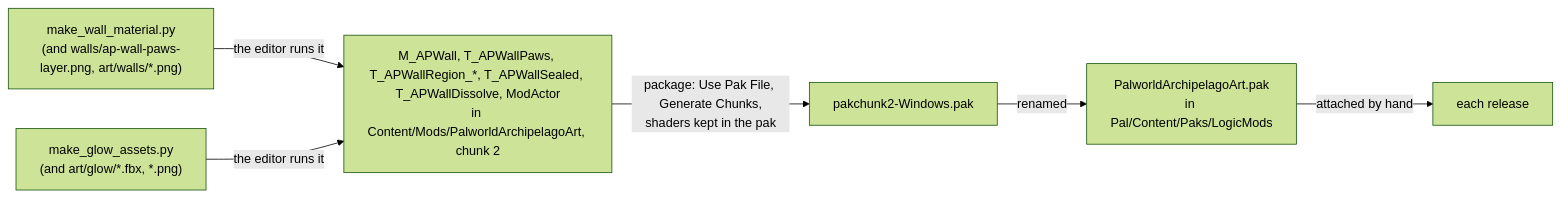
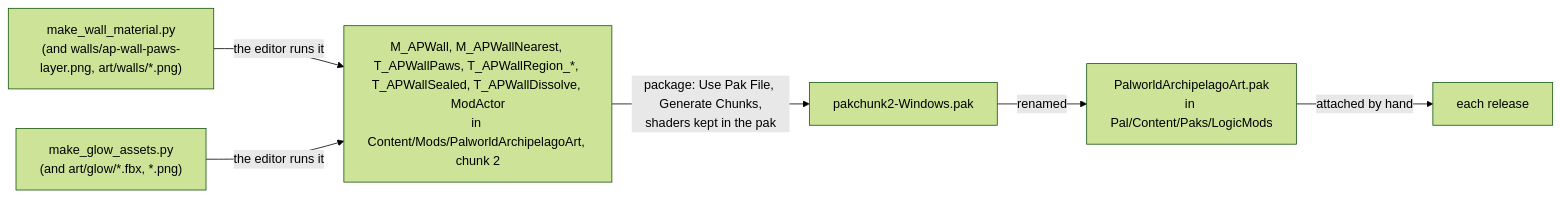
The diagram in logicmod/README.md (JustEyeTea/Palworld-Archipelago-Randomizer), drawn with Mermaid (forest theme) before and after one commit. The commit also changed other lines of this file and 1 other file, not shown here.

First line of the commit message:
Wall material one-sided, and M_APWallNearest: the nearest wall only, an experiment

````diff
--- a/logicmod/README.md
+++ b/logicmod/README.md
@@ -152,8 +152,8 @@
 ```mermaid
 flowchart LR
-  PY["make_wall_material.py<br/>(and walls/ap-wall-paws-layer.png, art/walls/*.png)"] -->|"the editor runs it"| AS["M_APWall, T_APWallPaws, T_APWallRegion_*, T_APWallSealed, T_APWallDissolve, ModActor<br/>in Content/Mods/PalworldArchipelagoArt, chunk 2"]
+  PY["make_wall_material.py<br/>(and walls/ap-wall-paws-layer.png, art/walls/*.png)"] -->|"the editor runs it"| AS["M_APWall, M_APWallNearest, T_APWallPaws, T_APWallRegion_*, T_APWallSealed, T_APWallDissolve, ModActor<br/>in Content/Mods/PalworldArchipelagoArt, chunk 2"]
   GY["make_glow_assets.py<br/>(and art/glow/*.fbx, *.png)"] -->|"the editor runs it"| AS
   AS -->|"package: Use Pak File, Generate Chunks,<br/>shaders kept in the pak"| PK["pakchunk2-Windows.pak"]
   PK -->|"renamed"| ART["PalworldArchipelagoArt.pak<br/>in Pal/Content/Paks/LogicMods"]
   ART -->|"attached by hand"| REL["each release"]
 ```
````
